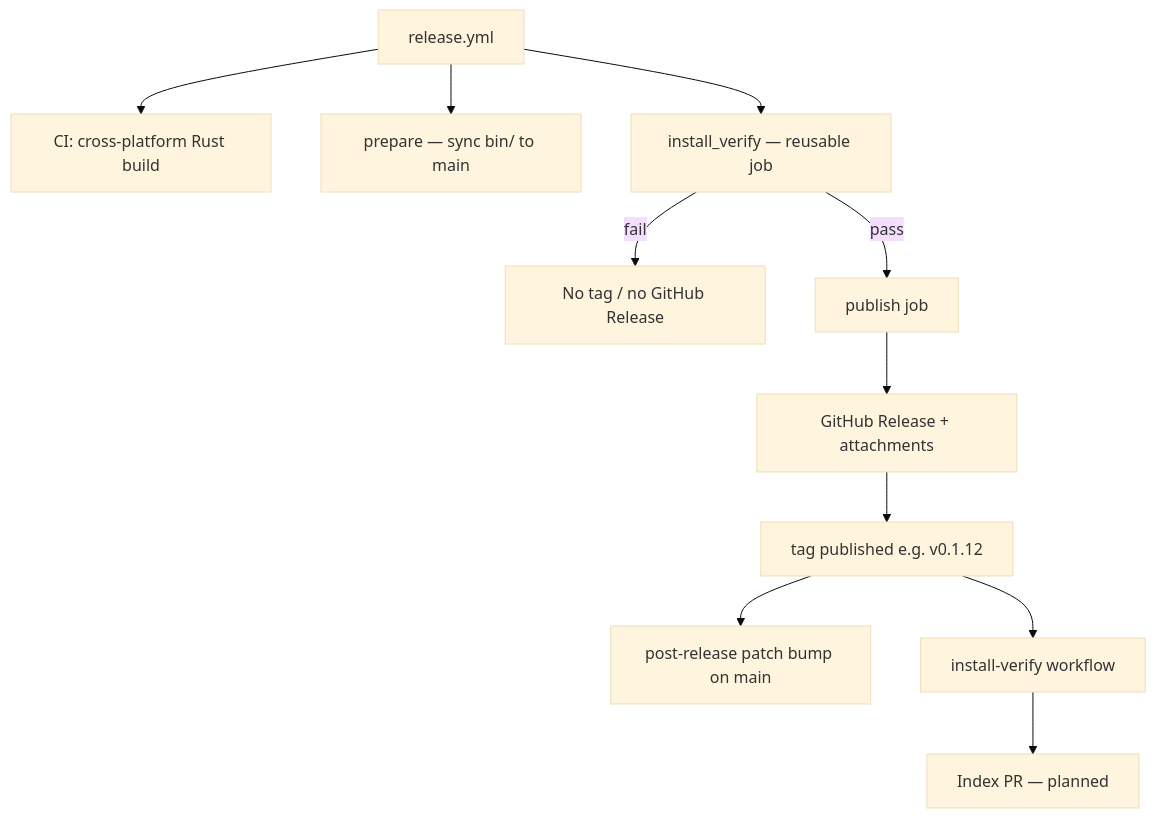
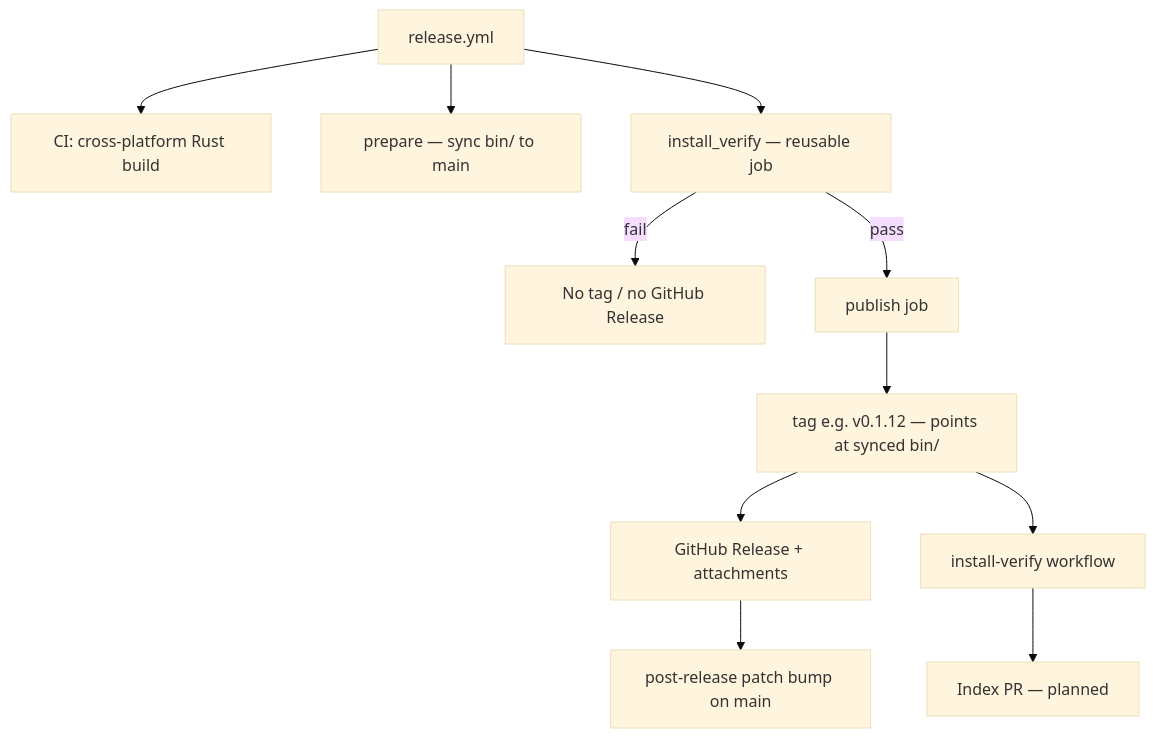
Before and after one commit to CREATeNG/freecad-mcp-bridge: the first of 2 diagrams in MAINTAINING.md, drawn with Mermaid (base theme). The commit also changed other lines of this file and 1 other file, not shown here.

First line of the commit message:
Clarify tag points at synced bin/, attachments are separate

````diff
--- a/MAINTAINING.md
+++ b/MAINTAINING.md
@@ -81,14 +81,14 @@
 ```mermaid
 flowchart TD
   R[release.yml]
   R --> build[CI: cross-platform Rust build]
   R --> prep[prepare — sync bin/ to main]
   R --> verify[install_verify — reusable job]
   verify -->|fail| stop[No tag / no GitHub Release]
   verify -->|pass| pub[publish job]
-  pub --> gh[GitHub Release + attachments]
-  gh --> tag[tag published e.g. v0.1.12]
-  tag --> zbump[post-release patch bump on main]
+  pub --> tag[tag e.g. v0.1.12 — points at synced bin/]
+  tag --> gh[GitHub Release + attachments]
+  gh --> zbump[post-release patch bump on main]
   tag --> postverify[install-verify workflow]
   postverify --> index[Index PR — planned]
 ```
````
